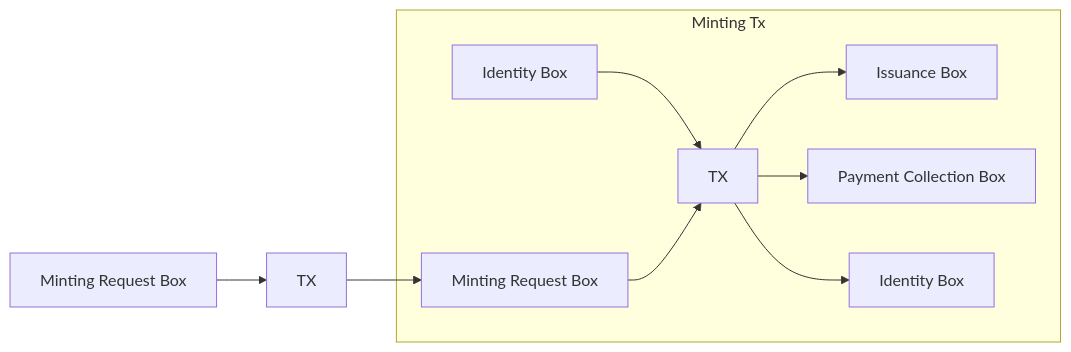
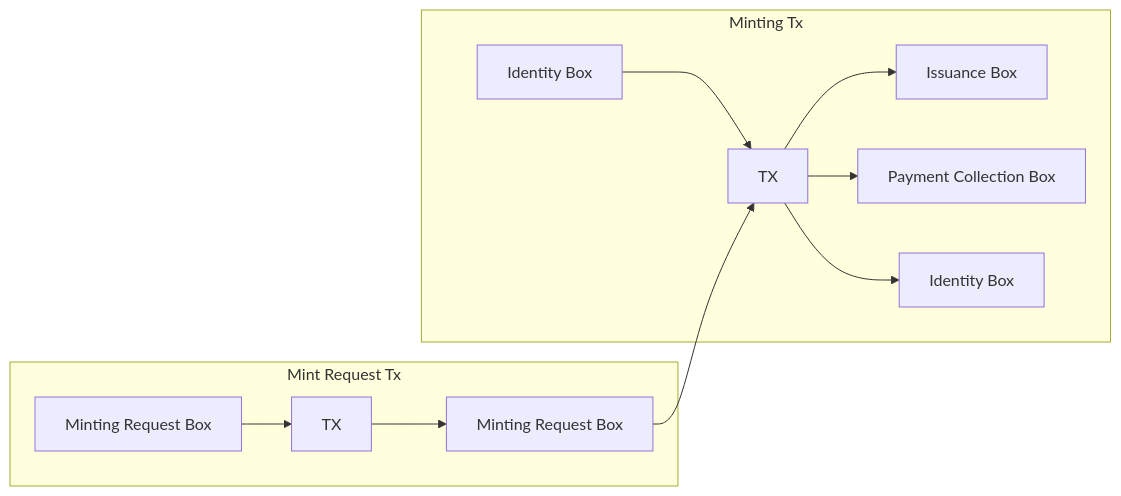
One commit to ergonames/ergo-names-backend changed the diagram in docs/Overview.md. Above: the diagram before and after it, drawn with Mermaid. The commit also changed other lines of this file, not shown here.

````diff
--- a/docs/Overview.md
+++ b/docs/Overview.md
@@ -37,12 +53,14 @@
 ```mermaid
 flowchart LR
+  subgraph Mint Request Tx
   A[Minting Request Box] --> C[TX]
   C[TX] --> D[Minting Request Box]
+  end
   subgraph Minting Tx
   E[Identity Box] --> F[TX]
   D[Minting Request Box] --> F[TX]
   F[TX] --> G[Issuance Box]
   F[TX] --> H[Payment Collection Box]
   F[TX] --> I[Identity Box]
   end
 ```
````
